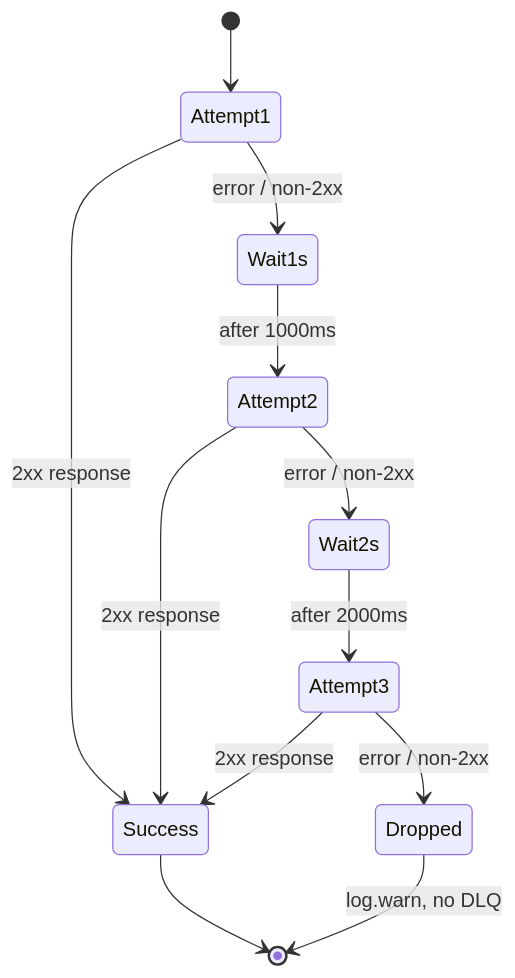
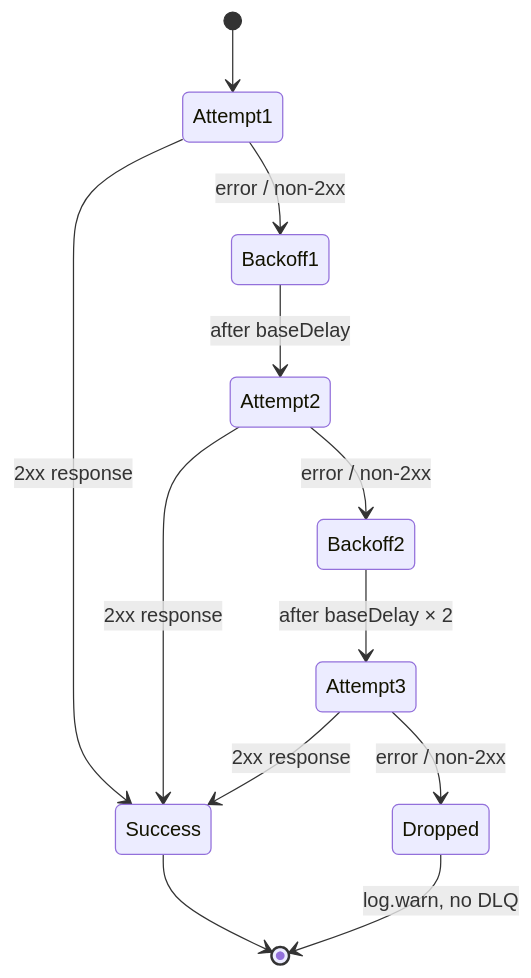
The second of 2 diagrams in docs/architecture/webhook-delivery.md (markthebest12/bluebubbles-server), drawn with Mermaid before and after one commit. The commit also changed other lines of this file and 1 other file, not shown here.

First paragraph of the commit message:
docs(architecture): apply review fixes (7 findings + 1 mermaid regression)
Fixes from /review-changes correctness-reviewer + fix-reviewer pass on
the Phase-1 diagram commit (42cfb7a9):

````diff
--- a/docs/architecture/webhook-delivery.md
+++ b/docs/architecture/webhook-delivery.md
@@ -39,14 +39,14 @@
 ```mermaid
 stateDiagram-v2
     [*] --> Attempt1
     Attempt1 --> Success: 2xx response
-    Attempt1 --> Wait1s: error / non-2xx
-    Wait1s --> Attempt2: after 1000ms
+    Attempt1 --> Backoff1: error / non-2xx
+    Backoff1 --> Attempt2: after baseDelay
     Attempt2 --> Success: 2xx response
-    Attempt2 --> Wait2s: error / non-2xx
-    Wait2s --> Attempt3: after 2000ms
+    Attempt2 --> Backoff2: error / non-2xx
+    Backoff2 --> Attempt3: after baseDelay × 2
     Attempt3 --> Success: 2xx response
     Attempt3 --> Dropped: error / non-2xx
     Success --> [*]
     Dropped --> [*]: log.warn, no DLQ
 ```
````
